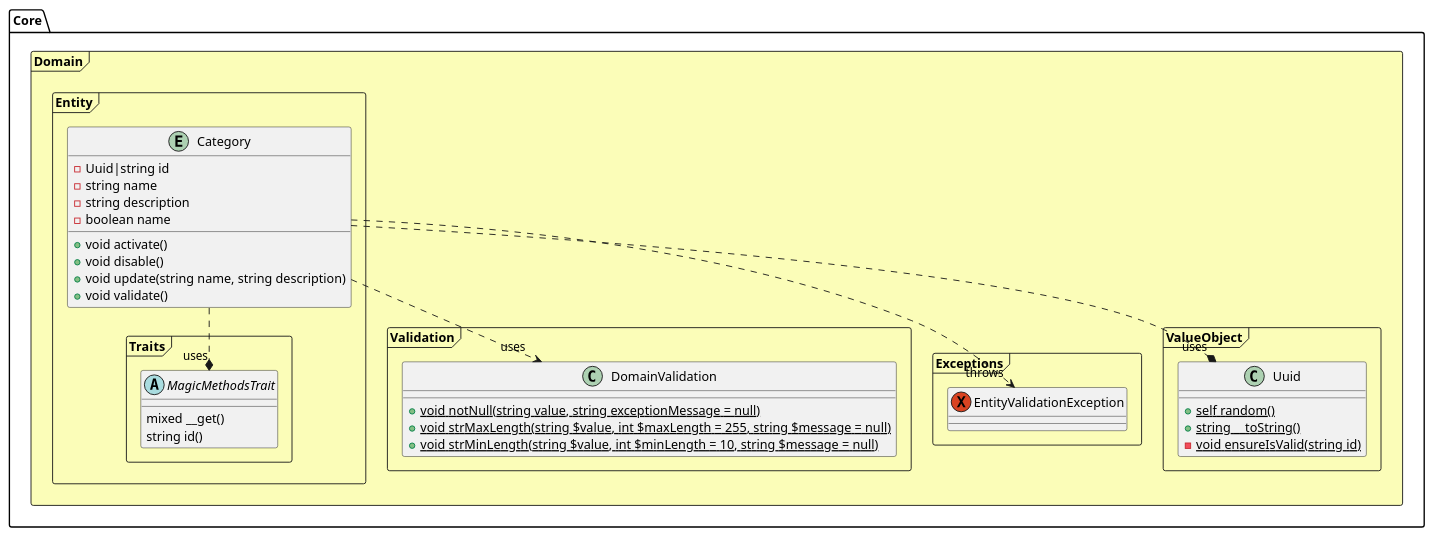
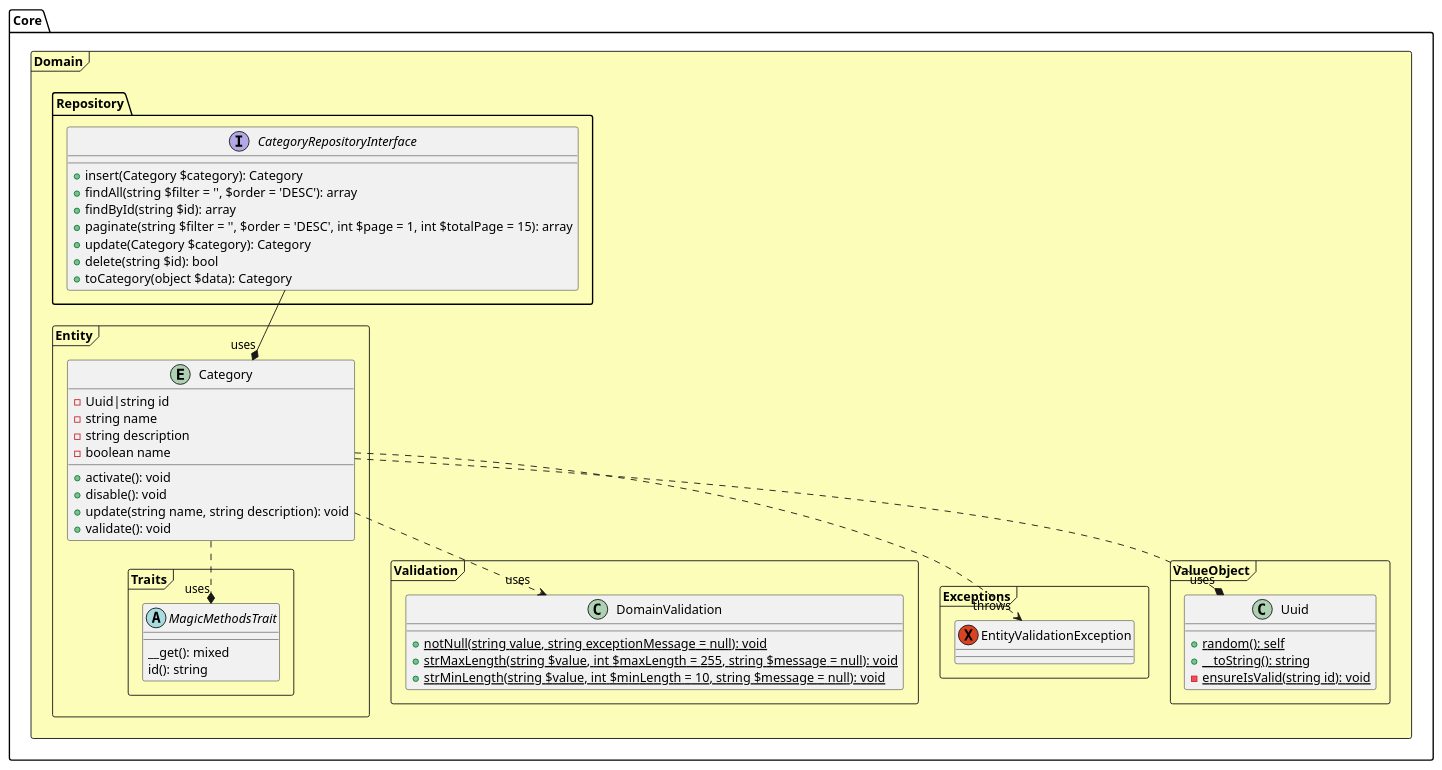
One commit to TiagOliveiraTI/microservice-video-catalog changed the diagram in docs/C4/04-code.puml. Above: the diagram before and after it, drawn with PlantUML. The commit also changed 1 other file, not shown here.

Commit message:
feat: create category interface

```diff
--- a/docs/C4/04-code.puml
+++ b/docs/C4/04-code.puml
@@ -1,59 +1,71 @@
 @startuml Diagrama de Classe
 
 ' cores amarelo #fbfdb8 , vermelho #ffa19c, verde #a3fcb9, azul #a7d7d7
 package "Core" {
     package "Domain" <<Frame>> #fbfdb8 {
         package "Validation" <<Frame>> {
             class DomainValidation {
-                + {static} void notNull(string value, string exceptionMessage = null)
-                + {static} void strMaxLength(string $value, int $maxLength = 255, string $message = null)
-                + {static} void strMinLength(string $value, int $minLength = 10, string $message = null)
+                + {static} notNull(string value, string exceptionMessage = null): void
+                + {static} strMaxLength(string $value, int $maxLength = 255, string $message = null): void
+                + {static} strMinLength(string $value, int $minLength = 10, string $message = null): void
             }
         }
 
         package "Exceptions" <<Frame>> {
             exception EntityValidationException {
 
             }
         }
 
         package "ValueObject" <<Frame>>{
             class Uuid {
-                + {static} self random()
-                + {static} string __toString()
-                - {static} void ensureIsValid(string id)
+                + {static} random(): self
+                + {static} __toString(): string
+                - {static} ensureIsValid(string id): void
+            }
+        }
+
+        package "Repository" {
+            interface CategoryRepositoryInterface {
+                + insert(Category $category): Category
+                + findAll(string $filter = '', $order = 'DESC'): array
+                + findById(string $id): array
+                + paginate(string $filter = '', $order = 'DESC', int $page = 1, int $totalPage = 15): array
+                + update(Category $category): Category
+                + delete(string $id): bool
+                + toCategory(object $data): Category
             }
         }
         
         package "Entity" <<Frame>>{
             ' - private #protected +public ~package private
 
             package "Traits" <<Frame>>{
                 abstract class MagicMethodsTrait {
-                    mixed __get()
-                    string id()
+                    __get(): mixed
+                    id(): string
                 }
             }
-
-
 
             Entity Category {
                 - Uuid|string id
                 - string name
                 - string description
                 - boolean name
-                + void activate()
-                + void disable()
-                + void update(string name, string description)
-                + void validate()
+                + activate(): void
+                + disable(): void
+                + update(string name, string description): void
+                + validate(): void
             }
         }
     }
 }
 
 Category ..* "uses" MagicMethodsTrait
 Category ..> "uses" DomainValidation
 Category ..* "uses" Uuid
 
+CategoryRepositoryInterface --* "uses" Category
+
 Category ..> "throws" EntityValidationException
 @enduml
```
